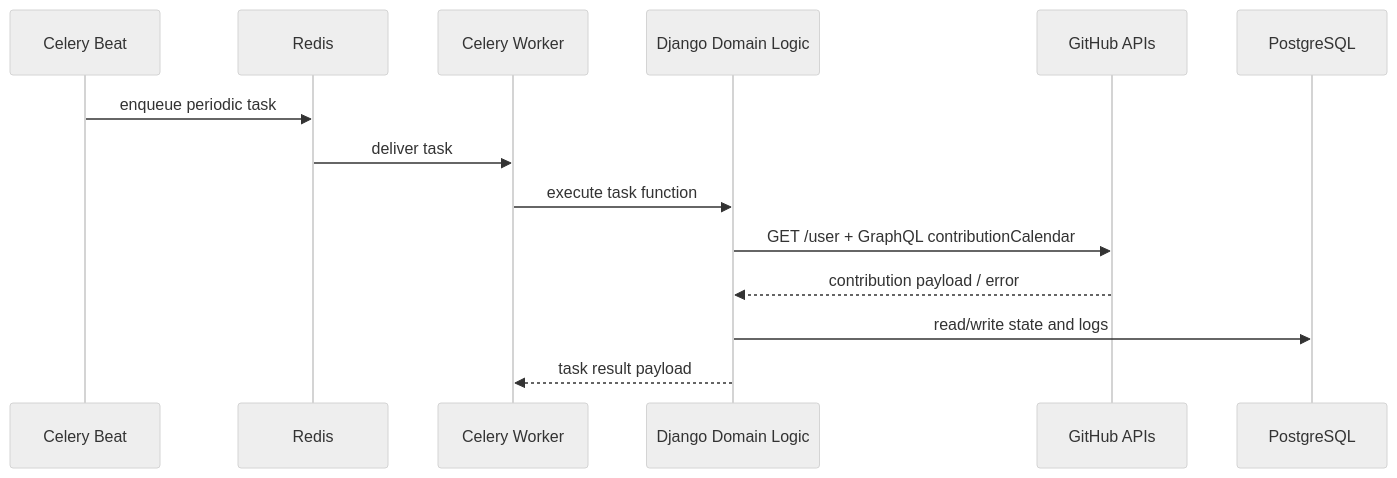
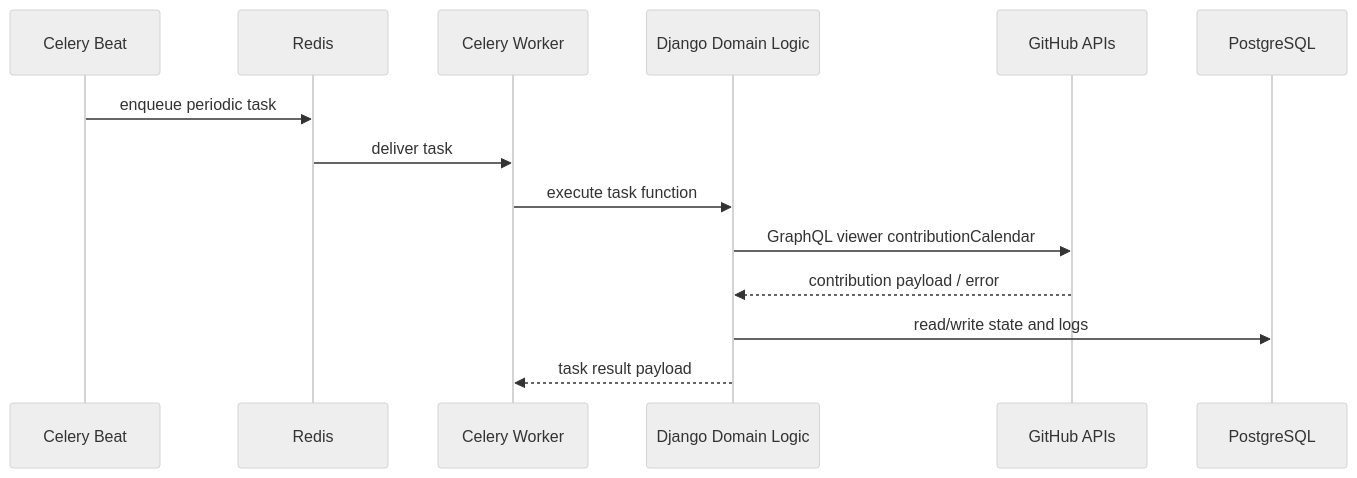
One commit to stokuj/my-django-portfolio changed the fourth of 4 diagrams in docs/architecture.md. Above: the diagram before and after it, drawn with Mermaid (neutral theme). The commit also changed other lines of this file and 6 other files, not shown here.

Commit message:
refactor: fetch heatmap login and days with one GraphQL viewer query (F-023)

````diff
--- a/docs/architecture.md
+++ b/docs/architecture.md
@@ -160,17 +160,17 @@
 ```mermaid
 sequenceDiagram
     participant Beat as Celery Beat
     participant Redis as Redis
     participant Worker as Celery Worker
     participant Django as Django Domain Logic
     participant GitHub as GitHub APIs
     participant DB as PostgreSQL
 
     Beat->>Redis: enqueue periodic task
     Redis->>Worker: deliver task
     Worker->>Django: execute task function
-    Django->>GitHub: GET /user + GraphQL contributionCalendar
+    Django->>GitHub: GraphQL viewer contributionCalendar
     GitHub-->>Django: contribution payload / error
     Django->>DB: read/write state and logs
     Django-->>Worker: task result payload
 ```
````
